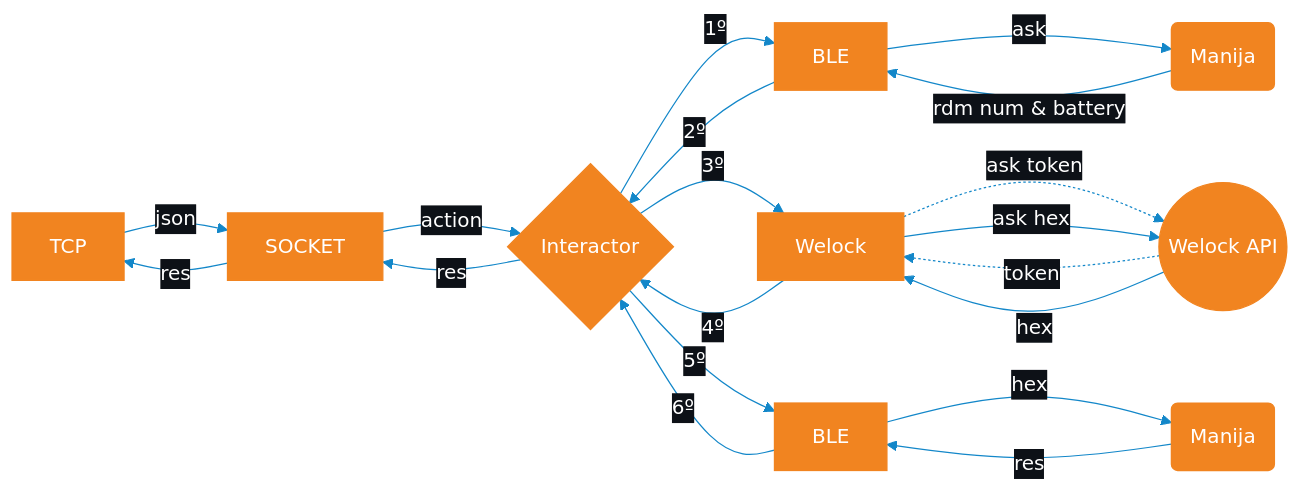
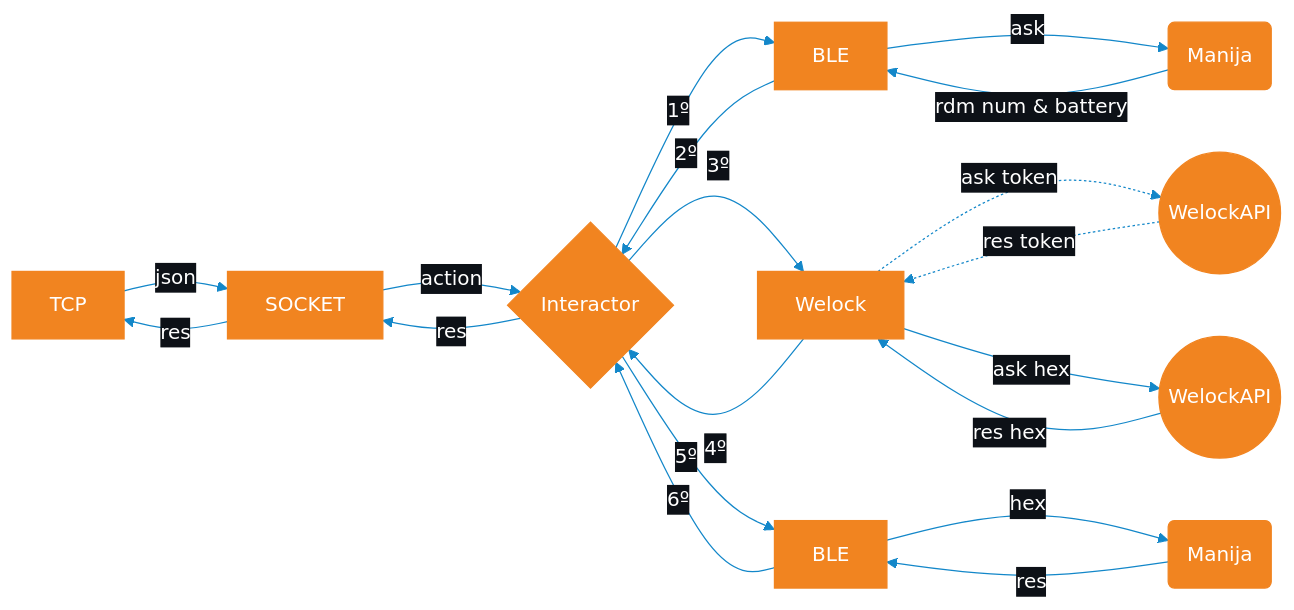
One commit to ATICMCH/BleKotlin changed the diagram in README.md. Above: the diagram before and after it, drawn with Mermaid. The commit also changed other lines of this file, not shown here.

````diff
--- a/README.md
+++ b/README.md
@@ -107,44 +111,48 @@
 ```mermaid
 
 %%{
   init: {
     "theme": "base",
     "themeVariables": {
       "primaryColor": "#f18420",
       "primaryTextColor": "#fff",
       "primaryBorderColor": "#f18420",
       "lineColor": "#1387c9",
       "secondaryColor": "#0d1117"
     }
 }
 }%%
 
 graph LR
+
 TCP -->|json| A
 A[SOCKET] -->|action|B{Interactor}
 
 B -->|1º|BLE[BLE]
 BLE--> |2º|B
 
-B -->|3º|E[Welock]
-E-->|4º|B
+B -->|3º|Welock[Welock]
+Welock-->|4º|B
 
 B -->|5º|F[BLE]
 F -->|6º|B
 
 BLE --> |ask| MANIJA(Manija)
 MANIJA -->|rdm num & battery| BLE
 
 
-H((Welock API)) -.->|token| E
-E -.->|ask token| H
+H((WelockAPI))
+P((WelockAPI))
 
-E --> |ask hex|H
-H -->|hex| E
+H -.->|res token| Welock
+Welock -.->|ask token| H
+
+Welock --> |ask hex|P
+P -->|res hex| Welock
 
 F --> |hex| I(Manija)
 I --> |res|F
 
 B -->|res|A
 A --> |res|TCP
 ```
````
